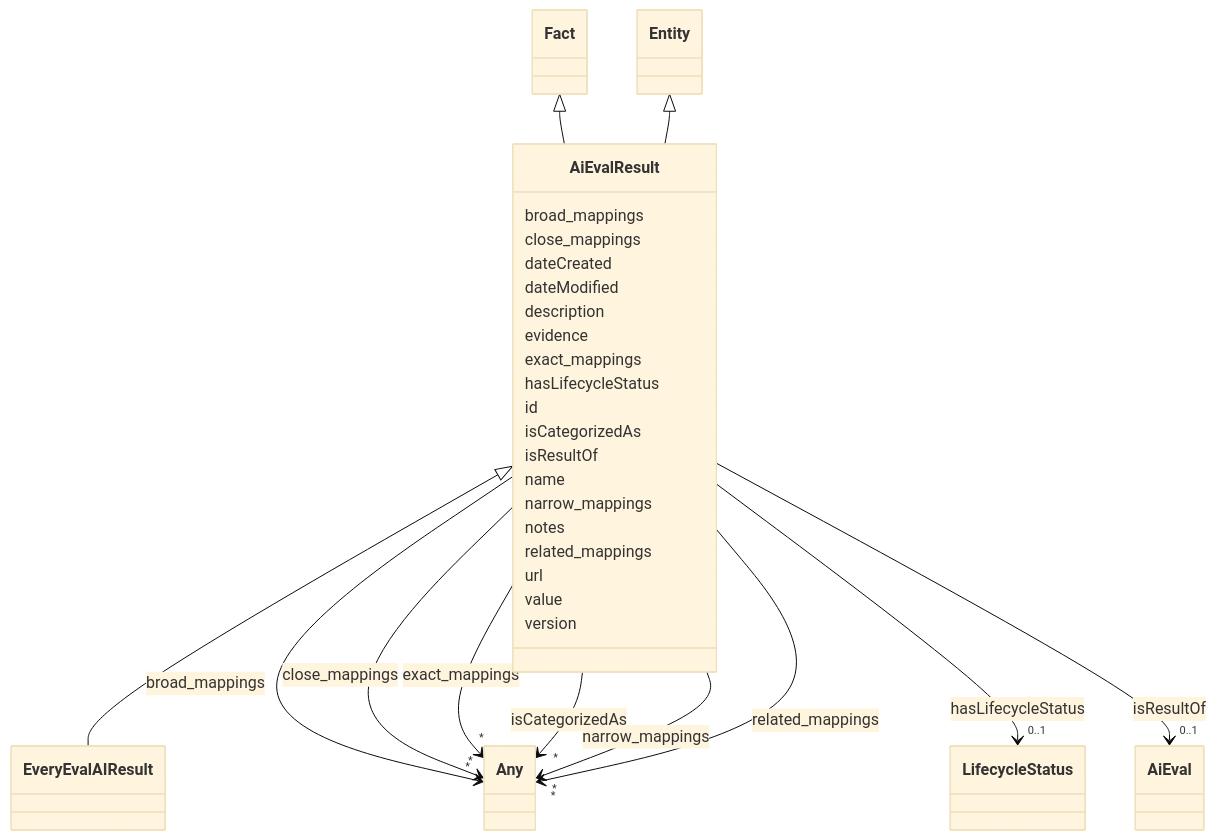
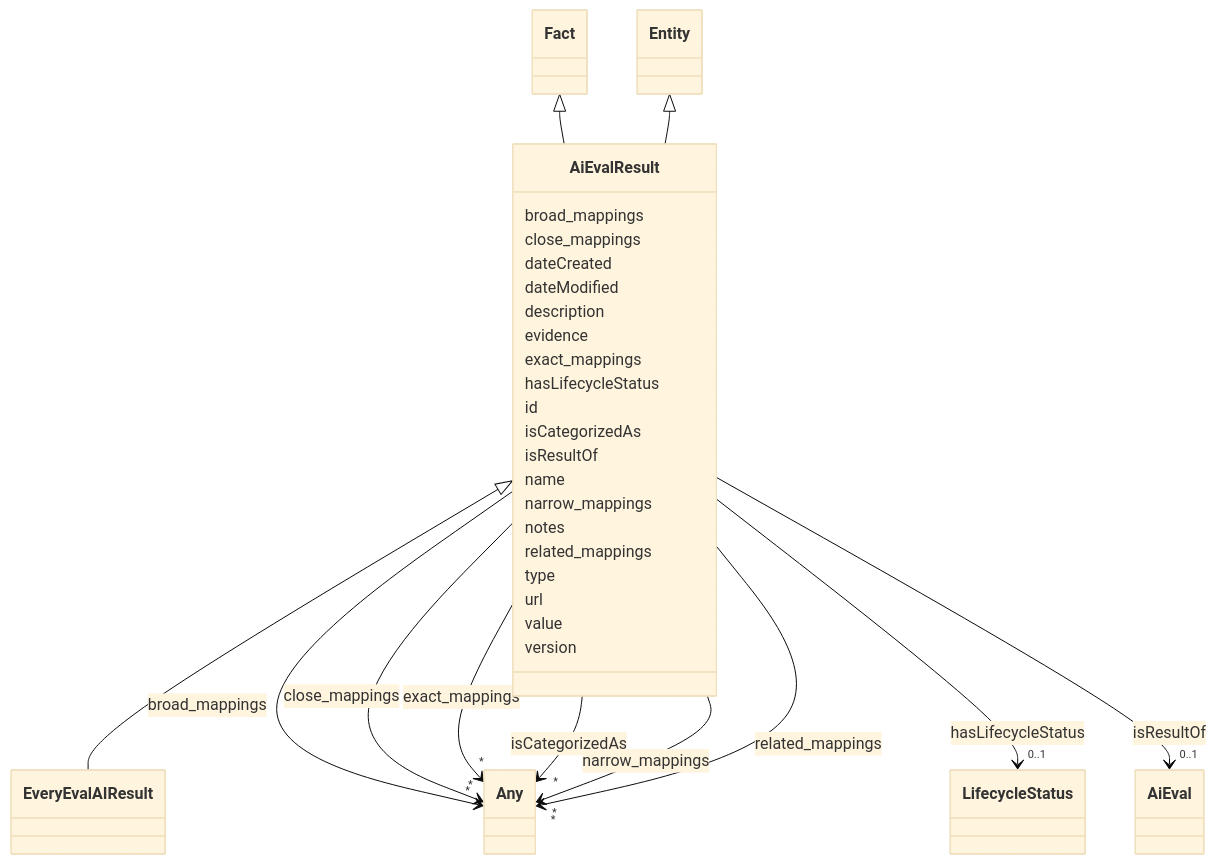
The diagram in docs/ontology/AiEvalResult.md (IBM/ai-atlas-nexus), drawn with Mermaid (base theme) before and after one commit. The commit also changed other lines of this file and 151 other files, not shown here.

```diff
--- a/docs/ontology/AiEvalResult.md
+++ b/docs/ontology/AiEvalResult.md
@@ -127,6 +127,8 @@
 
 
 
+      AiEvalResult : type
+
       AiEvalResult : url
 
       AiEvalResult : value
```
